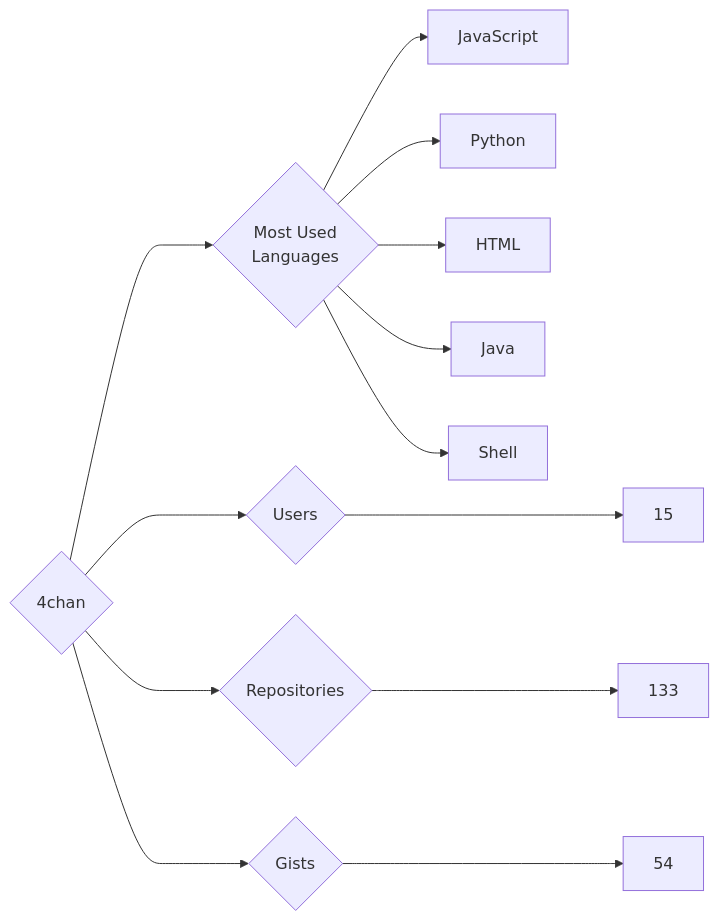
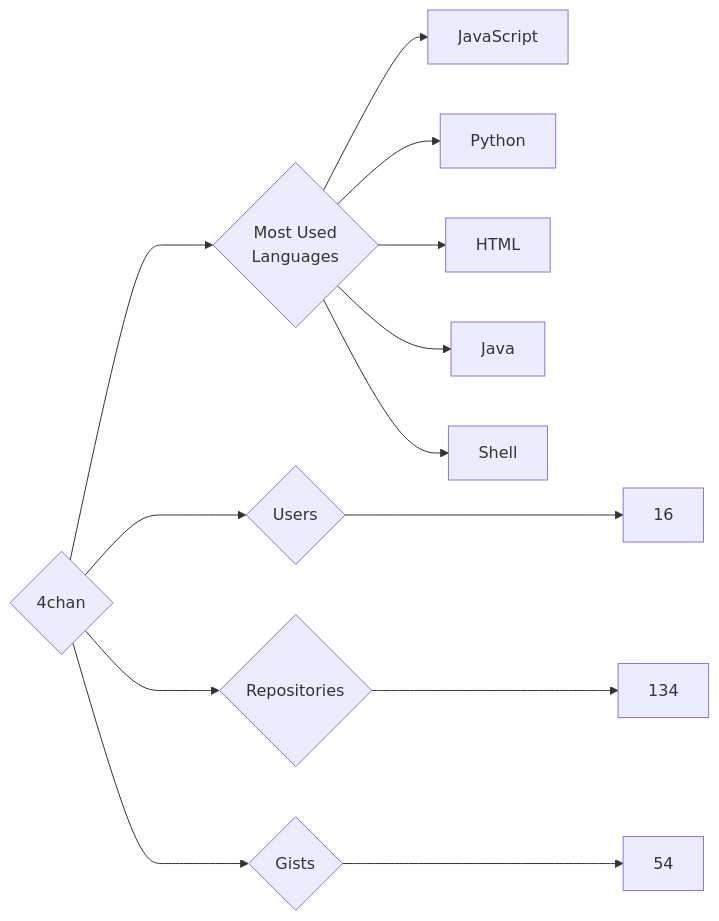
Before and after one commit to nenadzaric/insiders: the diagram in targets/4chan/README.md, drawn with Mermaid. The commit also changed 9 other files, not shown here.

````diff
--- a/targets/4chan/README.md
+++ b/targets/4chan/README.md
@@ -3,13 +3,13 @@
 ```mermaid
 graph LR
 COMPANY_NAME{4chan}
-COMPANY_NAME ---> U{Users} ---> UN[15]
-COMPANY_NAME ---> R{Repositories} ---> RN[133]
+COMPANY_NAME ---> U{Users} ---> UN[16]
+COMPANY_NAME ---> R{Repositories} ---> RN[134]
 COMPANY_NAME ---> G{Gists} ---> GN[54]
 COMPANY_NAME ---> ML{Most Used<br>Languages}
 ML --> JavaScript[JavaScript]
 ML --> Python[Python]
 ML --> HTML[HTML]
 ML --> Java[Java]
 ML --> Shell[Shell]
 ```
````
